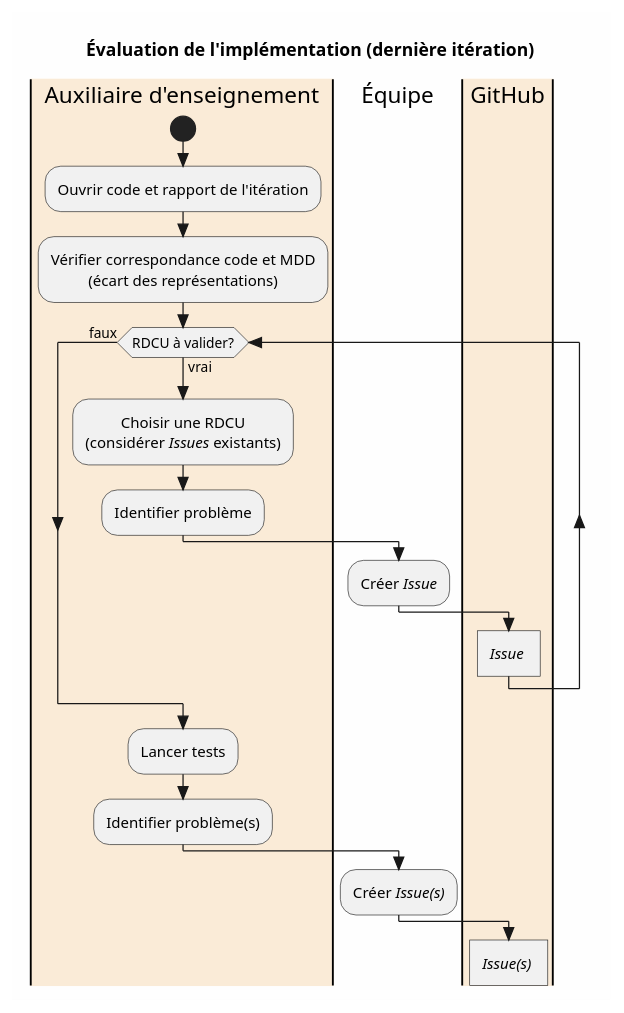
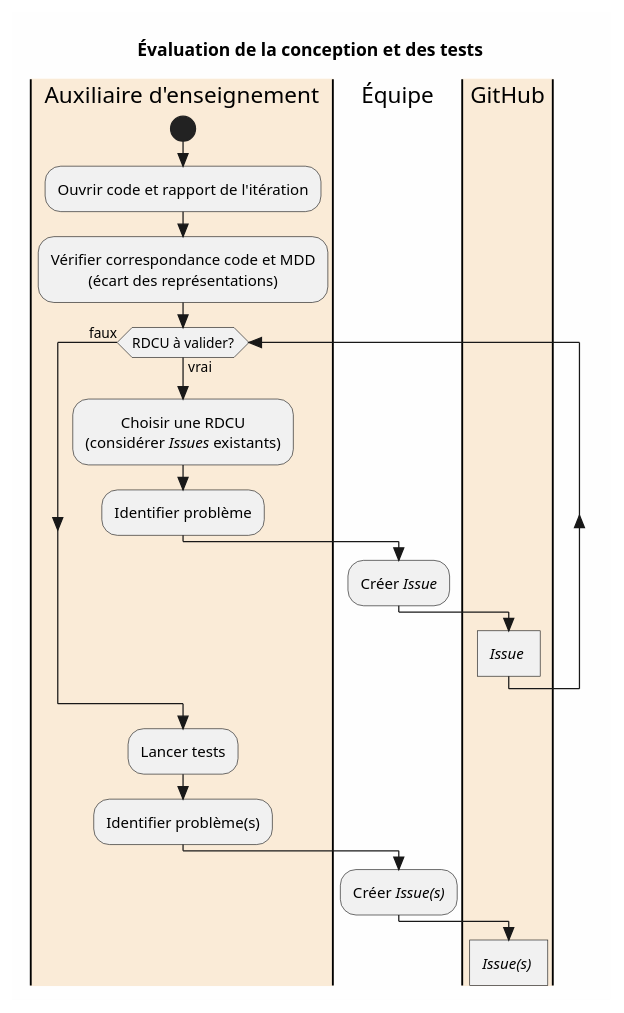
Before and after one commit to profcfuhrmanets/log210-enonce-lab1: the third of 6 diagrams in README.puml, drawn with PlantUML. The commit also changed other lines of this file and 4 other files, not shown here.

```diff
--- a/README.puml
+++ b/README.puml
@@ -53,27 +67,27 @@
 @startuml activite-evaluation-implementation
-title Évaluation de l'implémentation (dernière itération)
+title Évaluation de la conception et des tests
 skinparam style strictuml
 skinparam DefaultTextAlignment center
 skinparam BackgroundColor #fefefe
 |#AntiqueWhite|Auxiliaire d'enseignement|
 start
 :Ouvrir code et rapport de l'itération;
 :Vérifier correspondance code et MDD
 (écart des représentations);
 while (RDCU à valider?) is (vrai)
 :Choisir une RDCU
 (considérer //Issues// existants);
 :Identifier problème;
 |Équipe|
 :Créer //Issue//;
 |#AntiqueWhite|GitHub|
 ://Issue// ]
 endwhile (faux)
 |Auxiliaire d'enseignement|
 :Lancer tests;
 :Identifier problème(s);
 |Équipe|
 :Créer //Issue(s)//;
 |GitHub|
 ://Issue(s)// ]
 @enduml
```
